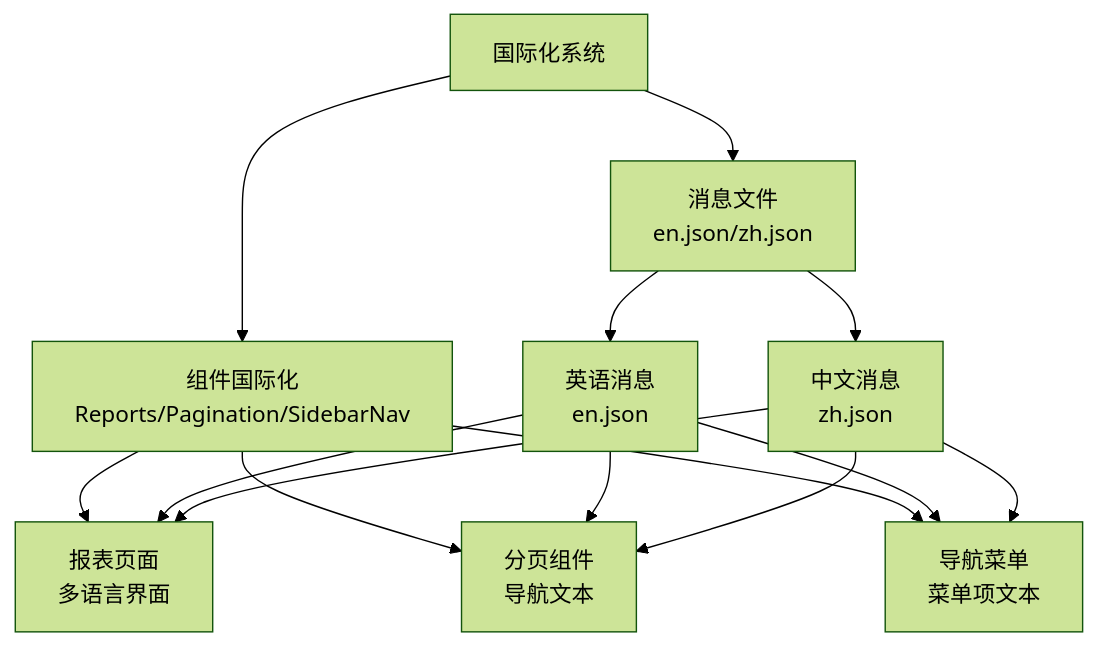
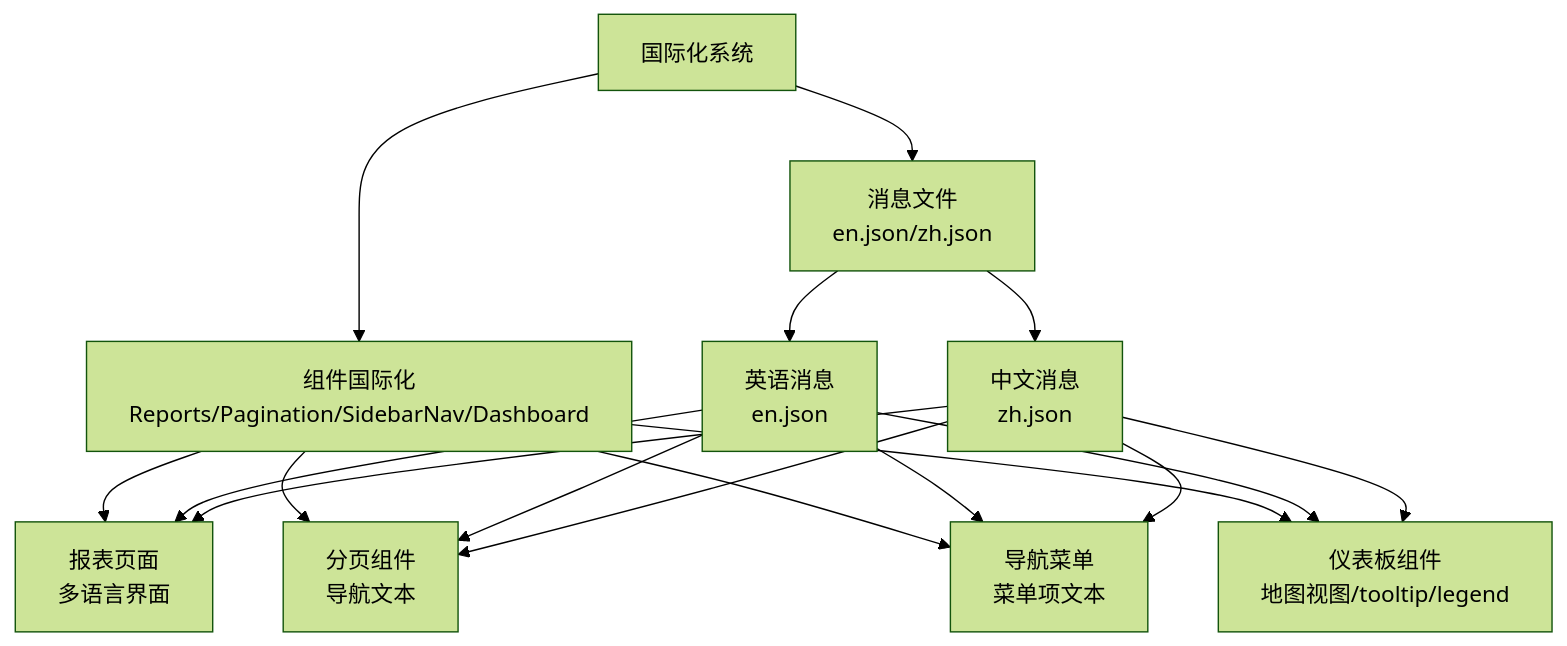
One commit to RadiumAg/AIGate changed the eighth of 15 diagrams in .qoder/repowiki/zh/content/监控与分析/仪表板组件.md. Above: the diagram before and after it, drawn with Mermaid (forest theme). The commit also changed other lines of this file and 2 other files, not shown here.

````diff
--- a/.qoder/repowiki/zh/content/监控与分析/仪表板组件.md
+++ b/.qoder/repowiki/zh/content/监控与分析/仪表板组件.md
@@ -435,16 +447,19 @@
 ```mermaid
 flowchart TD
 I18nSystem["国际化系统"] --> Messages["消息文件<br/>en.json/zh.json"]
-I18nSystem --> Components["组件国际化<br/>Reports/Pagination/SidebarNav"]
+I18nSystem --> Components["组件国际化<br/>Reports/Pagination/SidebarNav/Dashboard"]
 Components --> Reports["报表页面<br/>多语言界面"]
 Components --> Pagination["分页组件<br/>导航文本"]
 Components --> SidebarNav["导航菜单<br/>菜单项文本"]
+Components --> Dashboard["仪表板组件<br/>地图视图/tooltip/legend"]
 Messages --> English["英语消息<br/>en.json"]
 Messages --> Chinese["中文消息<br/>zh.json"]
 English --> Reports
 English --> Pagination
 English --> SidebarNav
+English --> Dashboard
 Chinese --> Reports
 Chinese --> Pagination
 Chinese --> SidebarNav
+Chinese --> Dashboard
 ```
````
